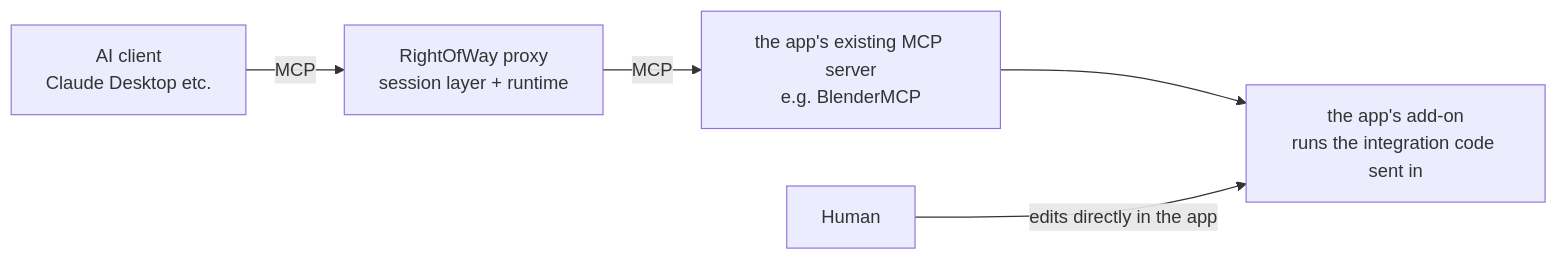
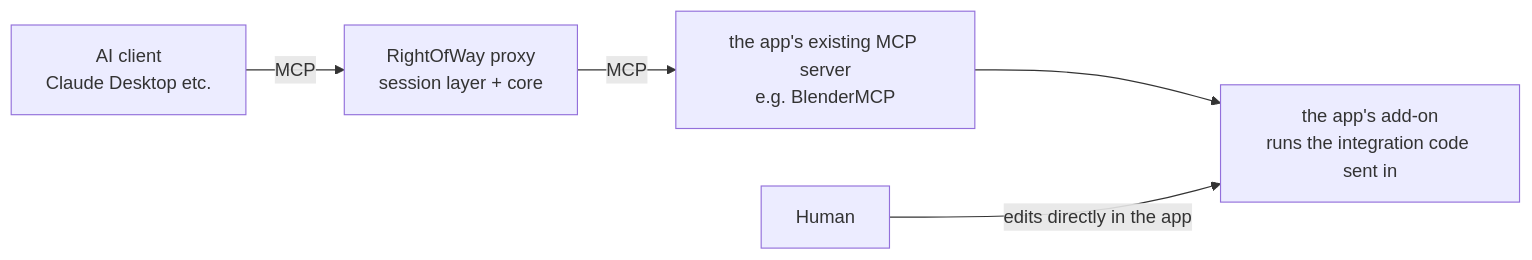
Before and after one commit to IndexCH/RightOfWay: the second of 3 diagrams in README.md, drawn with Mermaid. The commit also changed other lines of this file and 3 other files, not shown here.

````diff
--- a/README.md
+++ b/README.md
@@ -59,7 +93,7 @@
 ```mermaid
 flowchart LR
-    AI["AI client<br/>Claude Desktop etc."] -- MCP --> P["RightOfWay proxy<br/>session layer + runtime"]
+    AI["AI client<br/>Claude Desktop etc."] -- MCP --> P["RightOfWay proxy<br/>session layer + core"]
     P -- MCP --> S["the app's existing MCP server<br/>e.g. BlenderMCP"]
     S --> A["the app's add-on<br/>runs the integration code sent in"]
     H["Human"] -- edits directly in the app --> A
 ```
````
